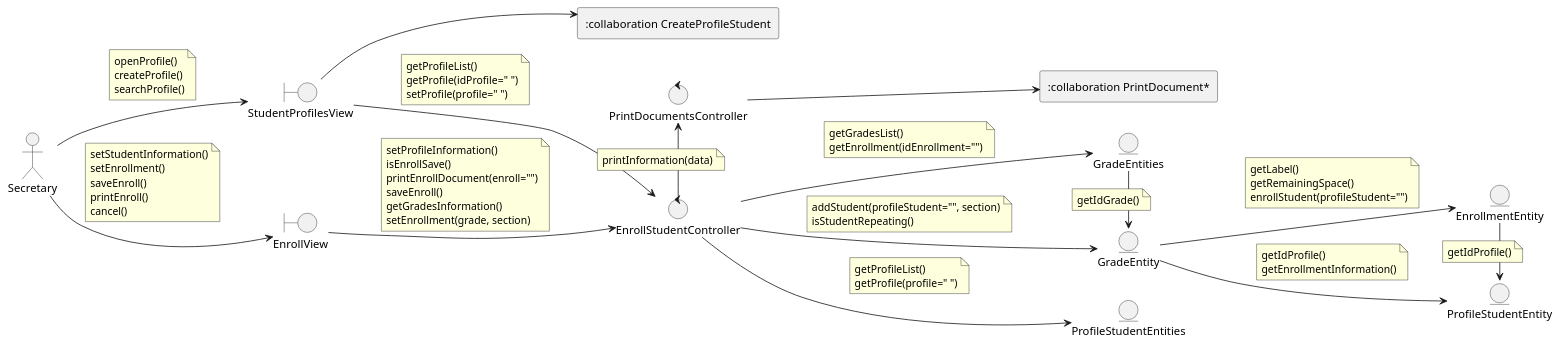
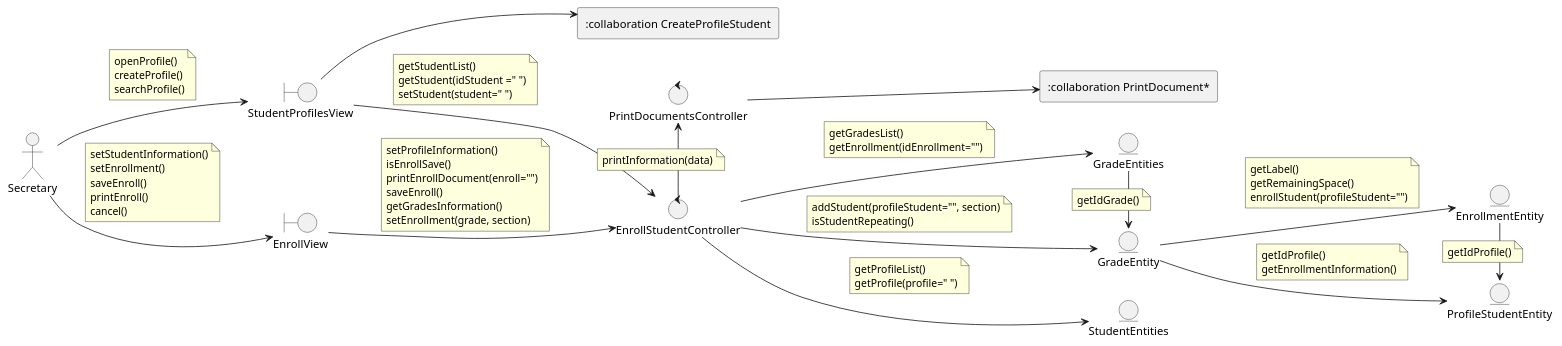
Before and after one commit to wsmcbl/wsmcbl.doc: the diagram in DesignView/AnalysisView/UseCaseAnalysis/CU01.EnrollStudent/Collaboration.CU01.Analysis.puml, drawn with PlantUML. The commit also changed 6 other files, not shown here.

```diff
--- a/DesignView/AnalysisView/UseCaseAnalysis/CU01.EnrollStudent/Collaboration.CU01.Analysis.puml
+++ b/DesignView/AnalysisView/UseCaseAnalysis/CU01.EnrollStudent/Collaboration.CU01.Analysis.puml
@@ -1,112 +1,112 @@
 @startuml
 left to right direction
 
 '--- Classes definition ---
 actor Secretary
 
 boundary StudentProfilesView
 boundary EnrollView
 
 control EnrollStudentController
 control PrintDocumentsController
 
 entity ProfileStudentEntity
-entity ProfileStudentEntities
+entity StudentEntities
 entity EnrollmentEntity
 entity GradeEntities
 entity GradeEntity
 
 rectangle ":collaboration PrintDocument*"
 rectangle ":collaboration CreateProfileStudent"
 
 
 '--- Actor relations ---
 Secretary --> StudentProfilesView
 note on link
     openProfile()
     createProfile()
     searchProfile()
 end note
 
 Secretary --> EnrollView
 note on link
     setStudentInformation()
     setEnrollment()
     saveEnroll()
     printEnroll()
     cancel()
 end note
 
 
 '--- Views relations ---
 StudentProfilesView --> EnrollStudentController
 note on link
-    getProfileList()
-    getProfile(idProfile=" ")
-    setProfile(profile=" ")
+    getStudentList()
+    getStudent(idStudent =" ")
+    setStudent(student=" ")
 end note
 
 StudentProfilesView --> ":collaboration CreateProfileStudent"
 
 EnrollView --> EnrollStudentController
 note on link
     setProfileInformation()
     isEnrollSave()
     printEnrollDocument(enroll="")
     saveEnroll()
     getGradesInformation()
     setEnrollment(grade, section)
 end note
 
 '--- Controllers relations ---
-EnrollStudentController --> ProfileStudentEntities
+EnrollStudentController --> StudentEntities
 note on link
     getProfileList()
     getProfile(profile=" ")
 end note
 
 EnrollStudentController --> GradeEntities
 note on link
     getGradesList()
     getEnrollment(idEnrollment="")
 end note
 
 EnrollStudentController --> GradeEntity
 note on link
     addStudent(profileStudent="", section)
     isStudentRepeating()
 end note
 
 EnrollStudentController -right-> PrintDocumentsController
 note on link
     printInformation(data)
 end note
 
 PrintDocumentsController --> ":collaboration PrintDocument*"
 
 
 '--- Entity relations ---
 EnrollmentEntity -> ProfileStudentEntity
 note on link
     getIdProfile()
 end note
 
 GradeEntities -> GradeEntity
 note on link
     getIdGrade()
 end note
 
 GradeEntity --> EnrollmentEntity
 note on link
     getLabel()
     getRemainingSpace()
     enrollStudent(profileStudent="")
 end note
 
 GradeEntity --> ProfileStudentEntity
 note on link
     getIdProfile()
     getEnrollmentInformation()
 end note
 
 @enduml
```
